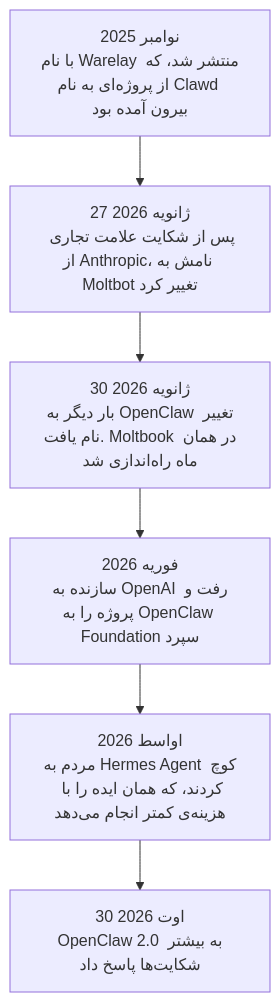
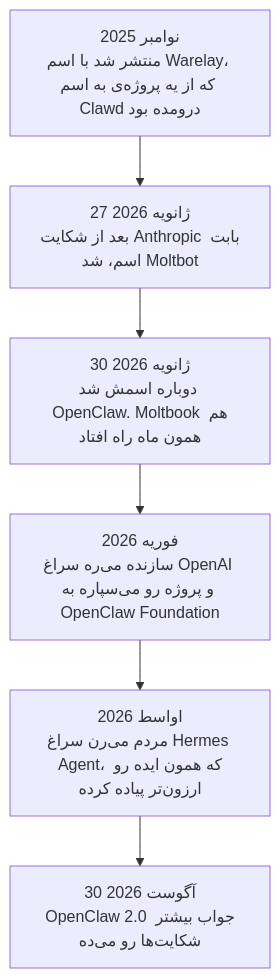
One commit to lokumai/ai-engineering-bazaar changed the first of 2 diagrams in mini-courses/2_intermediate/personal_agents_fa.md. Above: the diagram before and after it, drawn with Mermaid. The commit also changed other lines of this file and 63 other files, not shown here.

````diff
--- a/mini-courses/2_intermediate/personal_agents_fa.md
+++ b/mini-courses/2_intermediate/personal_agents_fa.md
@@ -22,10 +22,10 @@
 ```mermaid
 graph TD
-    A["نوامبر 2025<br/>با نام Warelay منتشر شد، که از پروژه‌ای به نام Clawd بیرون آمده بود"]
-    B["27 ژانویه 2026<br/>پس از شکایت علامت تجاری از Anthropic، نامش به Moltbot تغییر کرد"]
-    C["30 ژانویه 2026<br/>بار دیگر به OpenClaw تغییر نام یافت. Moltbook در همان ماه راه‌اندازی شد"]
-    D["فوریه 2026<br/>سازنده به OpenAI رفت و پروژه را به OpenClaw Foundation سپرد"]
-    E["اواسط 2026<br/>مردم به Hermes Agent کوچ کردند، که همان ایده را با هزینه‌ی کمتر انجام می‌دهد"]
-    F["30 اوت 2026<br/>OpenClaw 2.0 به بیشتر شکایت‌ها پاسخ داد"]
+    A["نوامبر 2025<br/>منتشر شد با اسم Warelay، که از یه پروژه‌ی به اسم Clawd درومده بود"]
+    B["27 ژانویه 2026<br/>بعد از شکایت Anthropic بابت اسم، شد Moltbot"]
+    C["30 ژانویه 2026<br/>دوباره اسمش شد OpenClaw. Moltbook هم همون ماه راه افتاد"]
+    D["فوریه 2026<br/>سازنده می‌ره سراغ OpenAI و پروژه رو می‌سپاره به OpenClaw Foundation"]
+    E["اواسط 2026<br/>مردم می‌رن سراغ Hermes Agent، که همون ایده رو ارزون‌تر پیاده کرده"]
+    F["30 آگوست 2026<br/>OpenClaw 2.0 جواب بیشتر شکایت‌ها رو می‌ده"]
     A --> B --> C --> D --> E --> F
 ```
````
